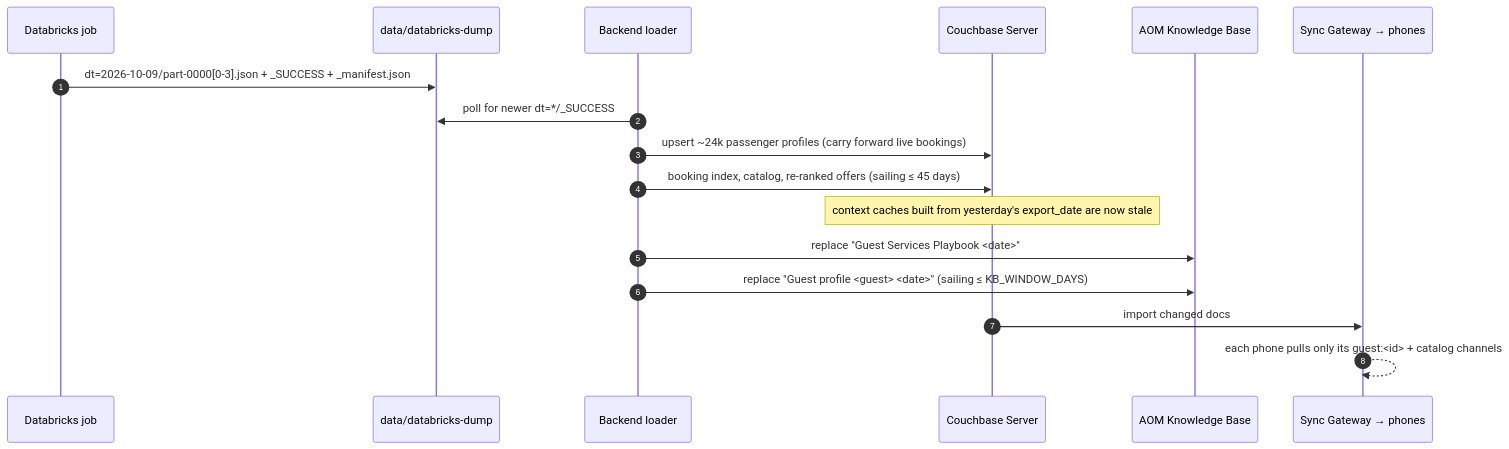
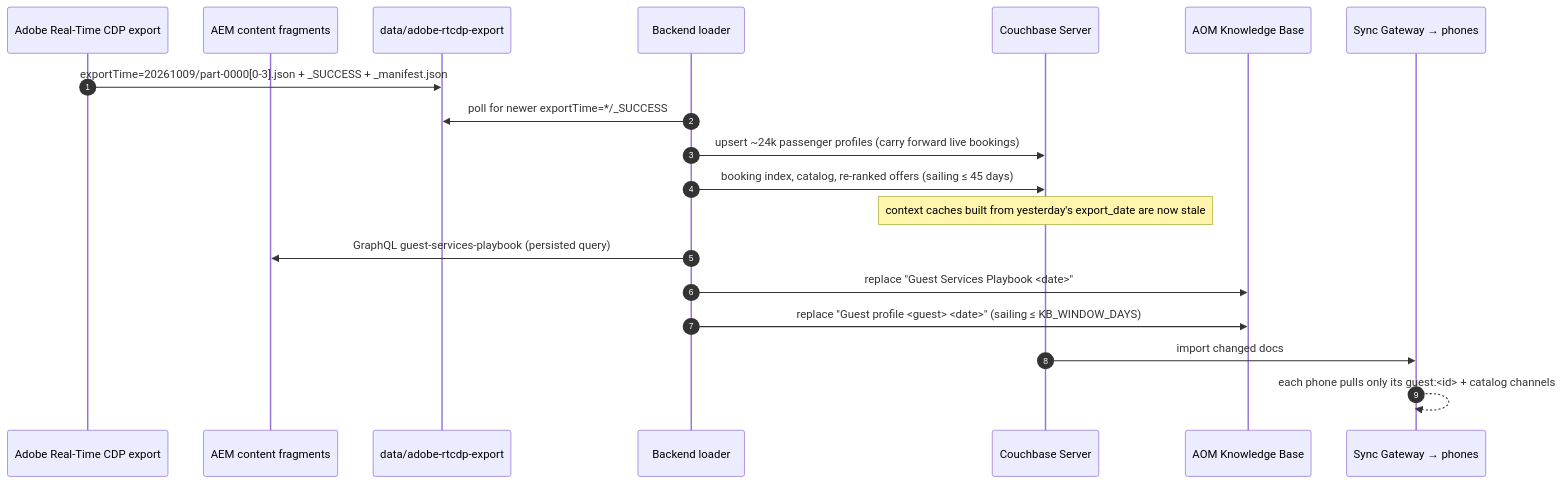
One commit to Couchbase-Field-Engineering/princess-mobile-rag-personalization-demo changed the second of 3 diagrams in README.md. Above: the diagram before and after it, drawn with Mermaid. The commit also changed other lines of this file and 59 other files, not shown here.

````diff
--- a/README.md
+++ b/README.md
@@ -137,20 +137,22 @@
 ```mermaid
 sequenceDiagram
   autonumber
-  participant DBX as Databricks job
-  participant DROP as data/databricks-dump
+  participant DBX as Adobe Real-Time CDP export
+  participant AEM as AEM content fragments
+  participant DROP as data/adobe-rtcdp-export
   participant L as Backend loader
   participant CB as Couchbase Server
   participant AOM as AOM Knowledge Base
   participant SG as Sync Gateway → phones
 
-  DBX->>DROP: dt=2026-10-09/part-0000[0-3].json + _SUCCESS + _manifest.json
-  L->>DROP: poll for newer dt=*/_SUCCESS
+  DBX->>DROP: exportTime=20261009/part-0000[0-3].json + _SUCCESS + _manifest.json
+  L->>DROP: poll for newer exportTime=*/_SUCCESS
   L->>CB: upsert ~24k passenger profiles (carry forward live bookings)
   L->>CB: booking index, catalog, re-ranked offers (sailing ≤ 45 days)
   Note over CB: context caches built from yesterday's export_date are now stale
+  L->>AEM: GraphQL guest-services-playbook (persisted query)
   L->>AOM: replace "Guest Services Playbook <date>"
   L->>AOM: replace "Guest profile <guest> <date>" (sailing ≤ KB_WINDOW_DAYS)
   CB->>SG: import changed docs
   SG-->>SG: each phone pulls only its guest:<id> + catalog channels
 ```
````
